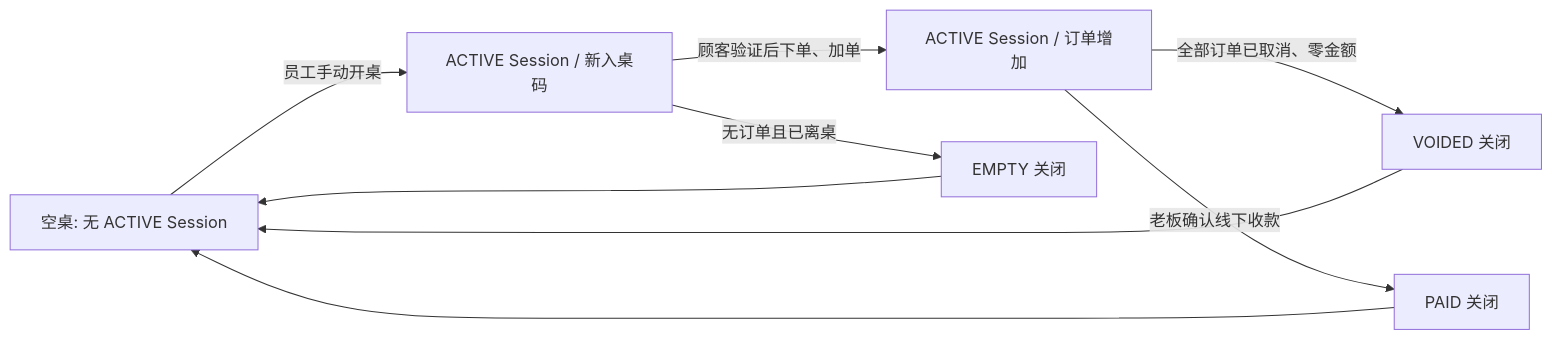
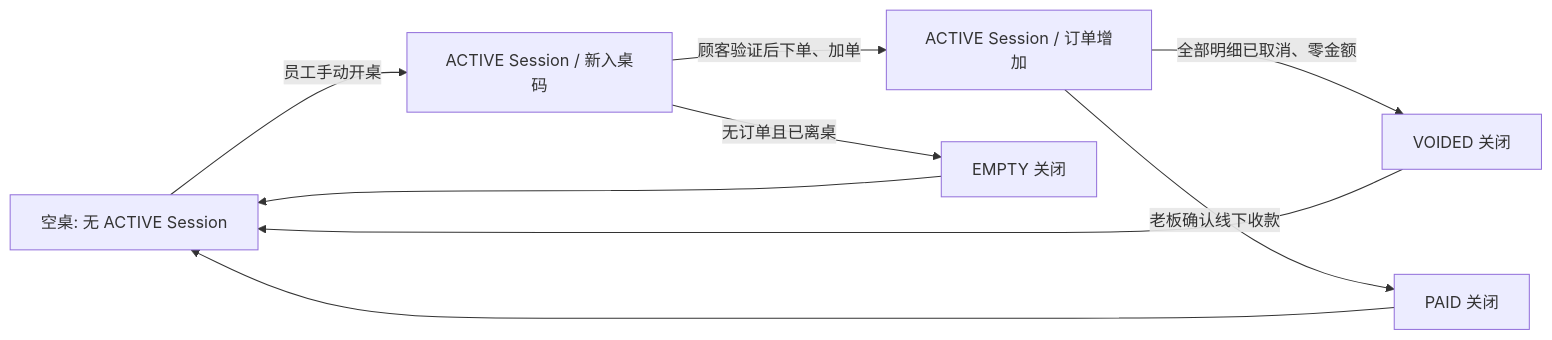
One commit to lorenzoyang/TavoloFlow changed the first of 2 diagrams in docs/tavoloflow_mvp_prd_11_simplified.md. Above: the diagram before and after it, drawn with Mermaid. The commit also changed other lines of this file and 47 other files, not shown here.

````diff
--- a/docs/tavoloflow_mvp_prd_11_simplified.md
+++ b/docs/tavoloflow_mvp_prd_11_simplified.md
@@ -110,11 +110,11 @@
 ```mermaid
 flowchart LR
   A[空桌: 无 ACTIVE Session] -->|员工手动开桌| B[ACTIVE Session / 新入桌码]
   B -->|顾客验证后下单、加单| C[ACTIVE Session / 订单增加]
   B -->|无订单且已离桌| D[EMPTY 关闭]
-  C -->|全部订单已取消、零金额| E[VOIDED 关闭]
+  C -->|全部明细已取消、零金额| E[VOIDED 关闭]
   C -->|老板确认线下收款| F[PAID 关闭]
   D --> A
   E --> A
   F --> A
 ```
````
